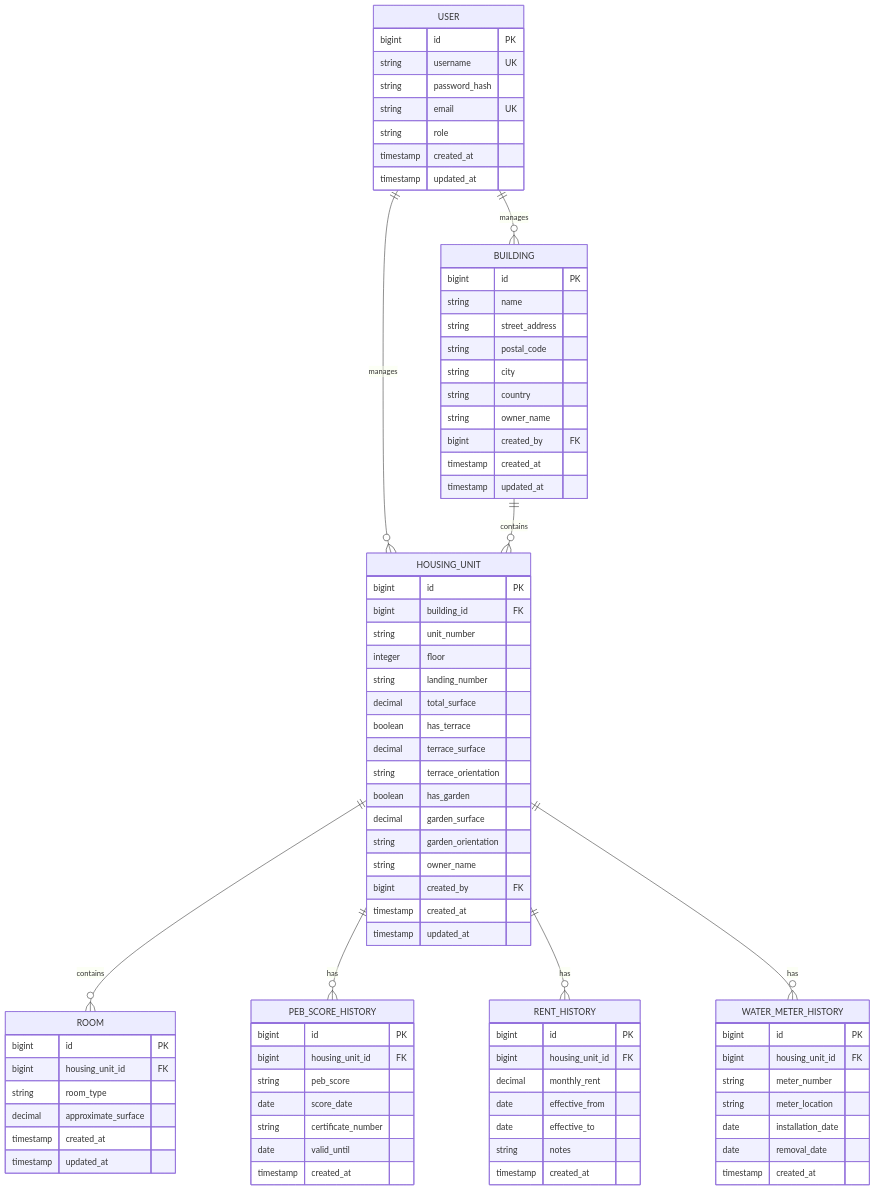
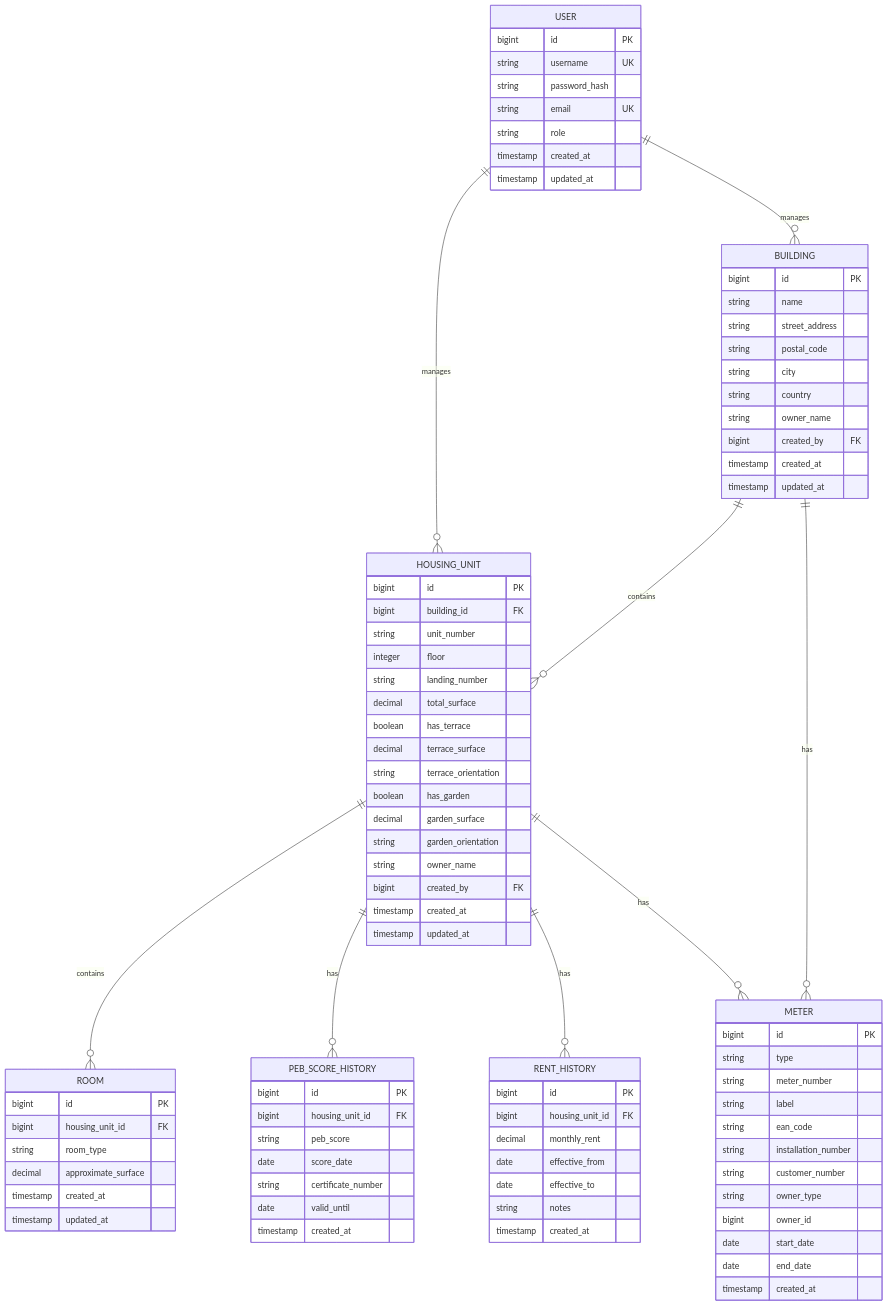
Before and after one commit to jtbgroup/immocare: the diagram in docs/analysis/data-model.md, drawn with Mermaid. The commit also changed other lines of this file and 3 other files, not shown here.

````diff
--- a/docs/analysis/data-model.md
+++ b/docs/analysis/data-model.md
@@ -14,8 +14,9 @@
     HOUSING_UNIT ||--o{ ROOM : contains
     HOUSING_UNIT ||--o{ PEB_SCORE_HISTORY : has
     HOUSING_UNIT ||--o{ RENT_HISTORY : has
-    HOUSING_UNIT ||--o{ WATER_METER_HISTORY : has
-    
+    HOUSING_UNIT ||--o{ METER : has
+    BUILDING ||--o{ METER : has
+
     USER {
         bigint id PK
         string username UK
@@ -25,7 +26,7 @@
         timestamp created_at
         timestamp updated_at
     }
-    
+
     BUILDING {
         bigint id PK
         string name
@@ -38,7 +39,7 @@
         timestamp created_at
         timestamp updated_at
     }
-    
+
     HOUSING_UNIT {
         bigint id PK
         bigint building_id FK
@@ -57,7 +58,7 @@
         timestamp created_at
         timestamp updated_at
     }
-    
+
     ROOM {
         bigint id PK
         bigint housing_unit_id FK
@@ -66,7 +67,7 @@
         timestamp created_at
         timestamp updated_at
     }
-    
+
     PEB_SCORE_HISTORY {
         bigint id PK
         bigint housing_unit_id FK
@@ -76,7 +77,7 @@
         date valid_until
         timestamp created_at
     }
-    
+
     RENT_HISTORY {
         bigint id PK
         bigint housing_unit_id FK
@@ -86,14 +87,19 @@
         string notes
         timestamp created_at
     }
-    
-    WATER_METER_HISTORY {
+
+    METER {
         bigint id PK
-        bigint housing_unit_id FK
+        string type
         string meter_number
-        string meter_location
-        date installation_date
-        date removal_date
+        string label
+        string ean_code
+        string installation_number
+        string customer_number
+        string owner_type
+        bigint owner_id
+        date start_date
+        date end_date
         timestamp created_at
     }
 ```
````
